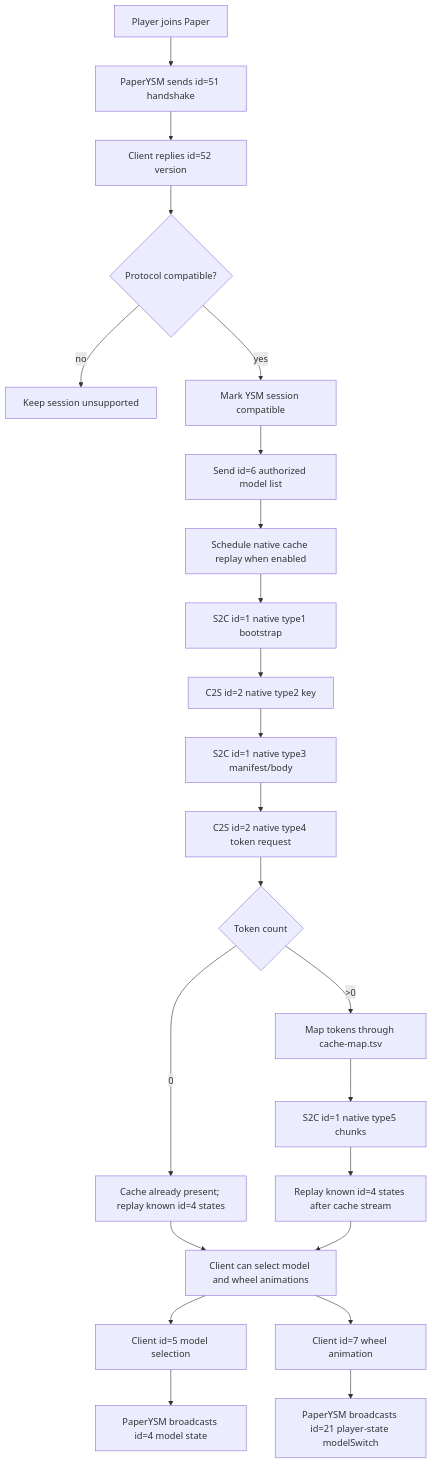
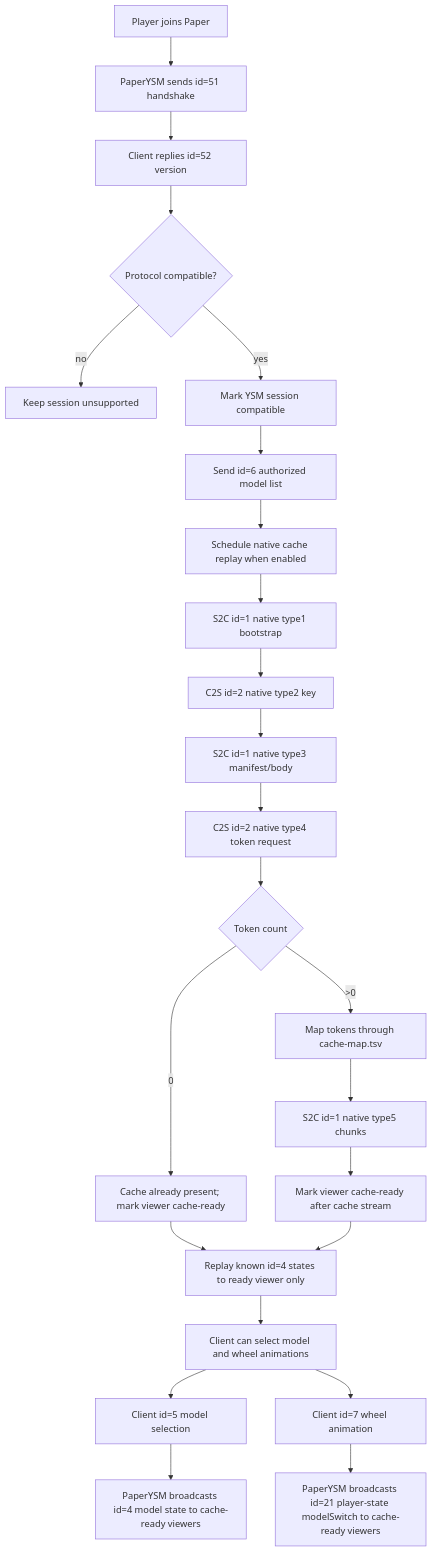
One commit to Moeary/YSM_Paper_Plugin changed the diagram in docs/ysm-sync-progress.md. Above: the diagram before and after it, drawn with Mermaid. The commit also changed other lines of this file and 13 other files, not shown here.

First line of the commit message:
Refactor YSM cache handling and improve synchronization logic

````diff
--- a/docs/ysm-sync-progress.md
+++ b/docs/ysm-sync-progress.md
@@ -83,25 +88,26 @@
 ```mermaid
 flowchart TD
     A["Player joins Paper"] --> B["PaperYSM sends id=51 handshake"]
     B --> C["Client replies id=52 version"]
     C --> D{"Protocol compatible?"}
     D -- "no" --> X["Keep session unsupported"]
     D -- "yes" --> E["Mark YSM session compatible"]
     E --> F["Send id=6 authorized model list"]
     F --> G["Schedule native cache replay when enabled"]
     G --> H["S2C id=1 native type1 bootstrap"]
     H --> I["C2S id=2 native type2 key"]
     I --> J["S2C id=1 native type3 manifest/body"]
     J --> K["C2S id=2 native type4 token request"]
     K --> L{"Token count"}
-    L -- "0" --> M["Cache already present; replay known id=4 states"]
+    L -- "0" --> M["Cache already present; mark viewer cache-ready"]
     L -- ">0" --> N["Map tokens through cache-map.tsv"]
     N --> O["S2C id=1 native type5 chunks"]
-    O --> P["Replay known id=4 states after cache stream"]
-    M --> Q["Client can select model and wheel animations"]
-    P --> Q
+    O --> P["Mark viewer cache-ready after cache stream"]
+    M --> V["Replay known id=4 states to ready viewer only"]
+    P --> V
+    V --> Q["Client can select model and wheel animations"]
     Q --> R["Client id=5 model selection"]
-    R --> S["PaperYSM broadcasts id=4 model state"]
+    R --> S["PaperYSM broadcasts id=4 model state to cache-ready viewers"]
     Q --> T["Client id=7 wheel animation"]
-    T --> U["PaperYSM broadcasts id=21 player-state modelSwitch"]
+    T --> U["PaperYSM broadcasts id=21 player-state modelSwitch to cache-ready viewers"]
 ```
````
